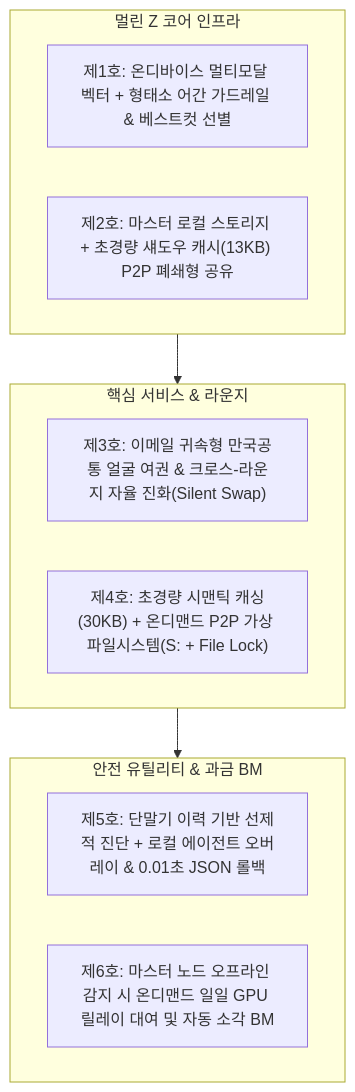
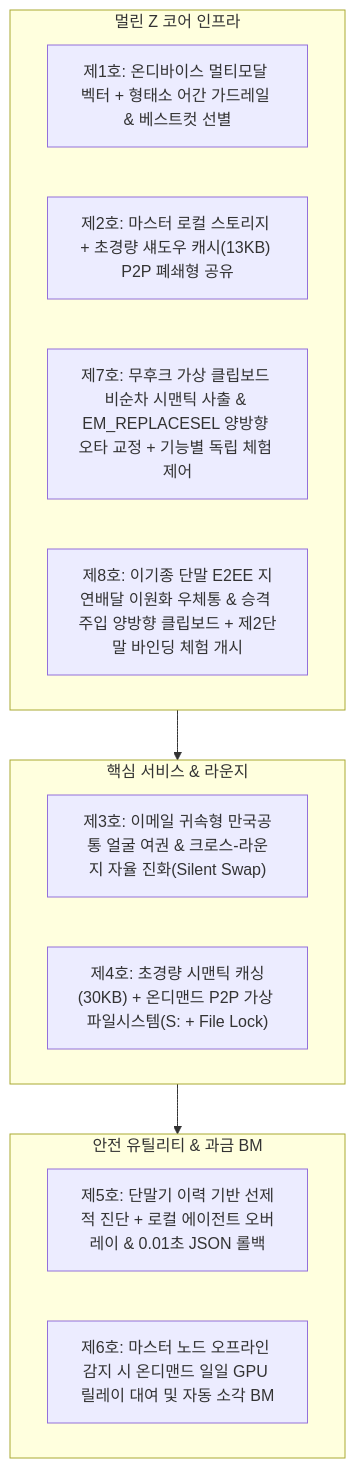
Before and after one commit to Han-jinwook/Ghosti: the diagram in docs/멀린유니버스_Z코어_핵심기술_및_특허포트폴리오_원장.md, drawn with Mermaid. The commit also changed other lines of this file, not shown here.

````diff
--- a/docs/멀린유니버스_Z코어_핵심기술_및_특허포트폴리오_원장.md
+++ b/docs/멀린유니버스_Z코어_핵심기술_및_특허포트폴리오_원장.md
@@ -57,20 +59,22 @@
 ```mermaid
 flowchart TD
     subgraph Core["멀린 Z 코어 인프라"]
         P1["제1호: 온디바이스 멀티모달 벡터 + 형태소 어간 가드레일 & 베스트컷 선별"]
         P2["제2호: 마스터 로컬 스토리지 + 초경량 섀도우 캐시(13KB) P2P 폐쇄형 공유"]
+        P7["제7호: 무후크 가상 클립보드 비순차 시맨틱 사출 & EM_REPLACESEL 양방향 오타 교정 + 기능별 독립 체험 제어"]
+        P8["제8호: 이기종 단말 E2EE 지연배달 이원화 우체통 & 승격 주입 양방향 클립보드 + 제2단말 바인딩 체험 개시"]
     end
     
     subgraph Service["핵심 서비스 & 라운지"]
         P3["제3호: 이메일 귀속형 만국공통 얼굴 여권 & 크로스-라운지 자율 진화(Silent Swap)"]
         P4["제4호: 초경량 시맨틱 캐싱(30KB) + 온디맨드 P2P 가상 파일시스템(S: + File Lock)"]
     end
     
     subgraph UtilityBM["안전 유틸리티 & 과금 BM"]
         P5["제5호: 단말기 이력 기반 선제적 진단 + 로컬 에이전트 오버레이 & 0.01초 JSON 롤백"]
         P6["제6호: 마스터 노드 오프라인 감지 시 온디맨드 일일 GPU 릴레이 대여 및 자동 소각 BM"]
     end
 
     Core --> Service
     Service --> UtilityBM
 ```
````
